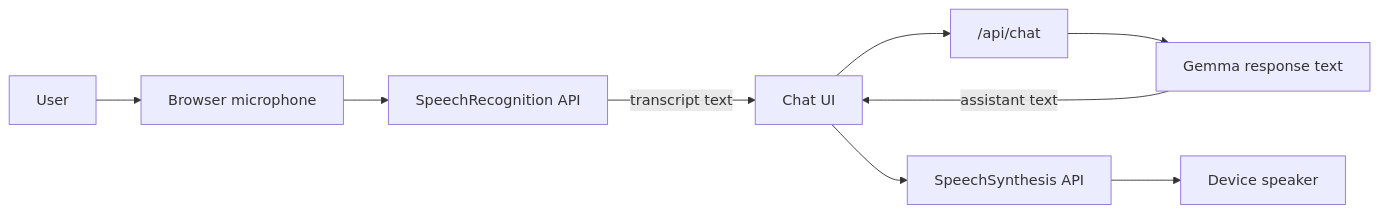
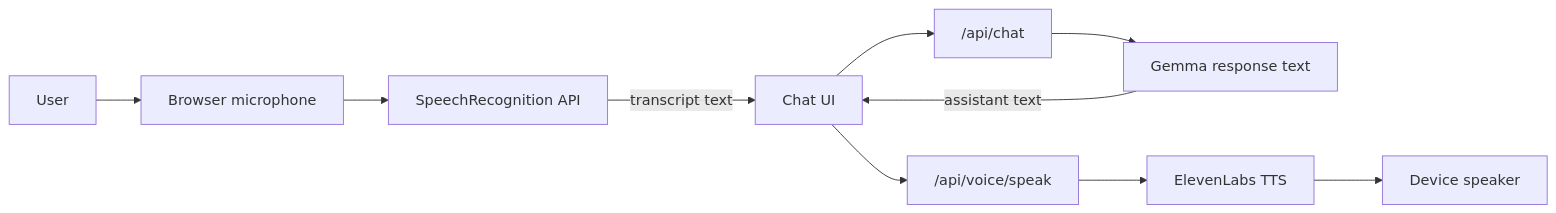
Before and after one commit to mardan-shah/voice-app: the eighth of 9 diagrams in ARCHITECTURE.md, drawn with Mermaid. The commit also changed other lines of this file and 22 other files, not shown here.

````diff
--- a/ARCHITECTURE.md
+++ b/ARCHITECTURE.md
@@ -671,20 +699,22 @@
 ```mermaid
 flowchart LR
     User["User"]
     Mic["Browser microphone"]
     STT["SpeechRecognition API"]
     Chat["Chat UI"]
     API["/api/chat"]
     Gemma["Gemma response text"]
-    TTS["SpeechSynthesis API"]
+    VoiceAPI["/api/voice/speak"]
+    TTS["ElevenLabs TTS"]
     Speaker["Device speaker"]
 
     User --> Mic
     Mic --> STT
     STT -->|"transcript text"| Chat
     Chat --> API
     API --> Gemma
     Gemma -->|"assistant text"| Chat
-    Chat --> TTS
+    Chat --> VoiceAPI
+    VoiceAPI --> TTS
     TTS --> Speaker
 ```
````
